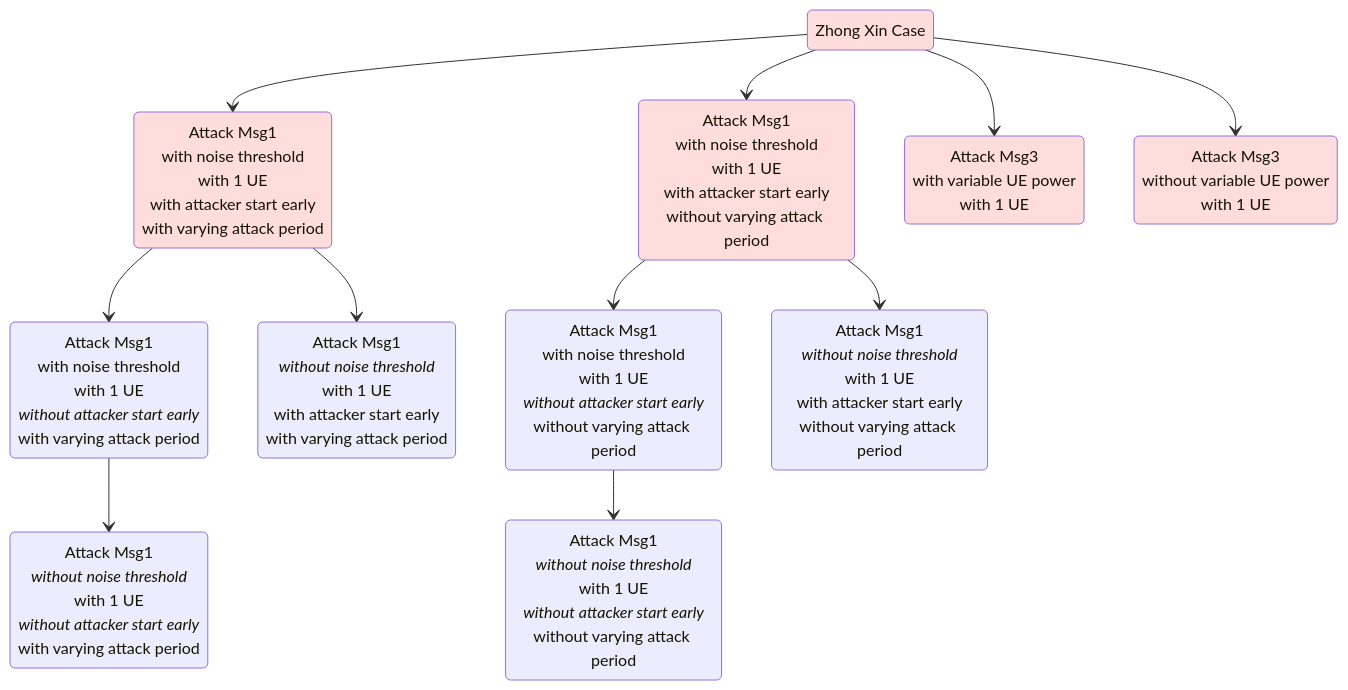
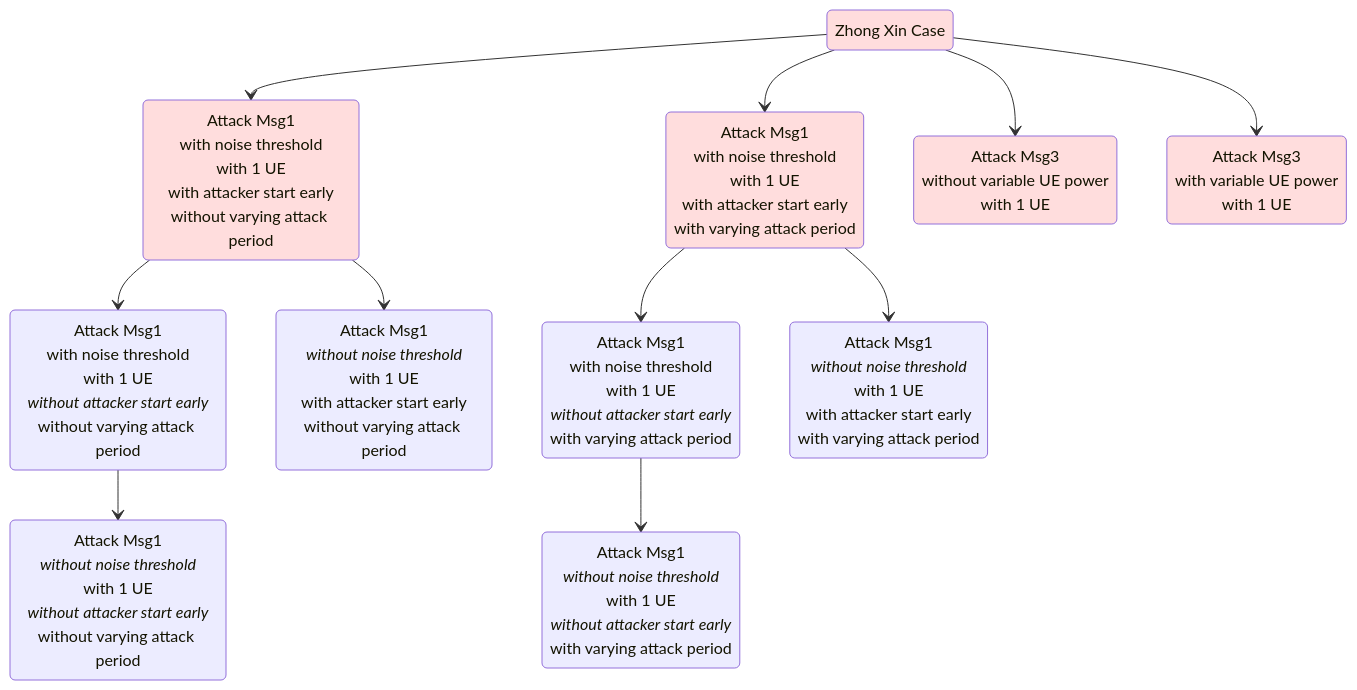
Before and after one commit to bmw-ece-ntust/wilfrid-prach-attack-analysis: the second of 4 diagrams in docs/20250307 Thesis (PRACH Attack Problem Definition).md, drawn with Mermaid. The commit also changed other lines of this file, not shown here.

````diff
--- a/docs/20250307 Thesis (PRACH Attack Problem Definition).md
+++ b/docs/20250307 Thesis (PRACH Attack Problem Definition).md
@@ -152,34 +152,34 @@
 ```mermaid
 stateDiagram-v2
     classDef zhongXinCase fill:#fdd
 
     s1: Zhong Xin Case
     
     s13: Attack Msg3<br>with variable UE power<br>with 1 UE
     s15: Attack Msg3<br>without variable UE power<br>with 1 UE
 
     s25: Attack Msg1<br>with noise threshold<br>with 1 UE<br>with attacker start early<br>with varying attack period
     s26: Attack Msg1<br>with noise threshold<br>with 1 UE<br>with attacker start early<br>without varying attack period
     s27: Attack Msg1<br>with noise threshold<br>with 1 UE<br>*without attacker start early*<br>with varying attack period
     s28: Attack Msg1<br>with noise threshold<br>with 1 UE<br>*without attacker start early*<br>without varying attack period
 
     s33: Attack Msg1<br>*without noise threshold*<br>with 1 UE<br>with attacker start early<br>with varying attack period
     s34: Attack Msg1<br>*without noise threshold*<br>with 1 UE<br>with attacker start early<br>without varying attack period
     s35: Attack Msg1<br>*without noise threshold*<br>with 1 UE<br>*without attacker start early*<br>with varying attack period
     s36: Attack Msg1<br>*without noise threshold*<br>with 1 UE<br>*without attacker start early*<br>without varying attack period
 
+    s1 --> s26
     s1 --> s25
-    s1 --> s26
+    s1 --> s15
     s1 --> s13
-    s1 --> s15
 
     s25 --> s27
     s25 --> s33
     s27 --> s35
 
     s26 --> s28
     s26 --> s34
     s28 --> s36
 
     class s1,s25,s26,s13,s15 zhongXinCase
 ```
````
